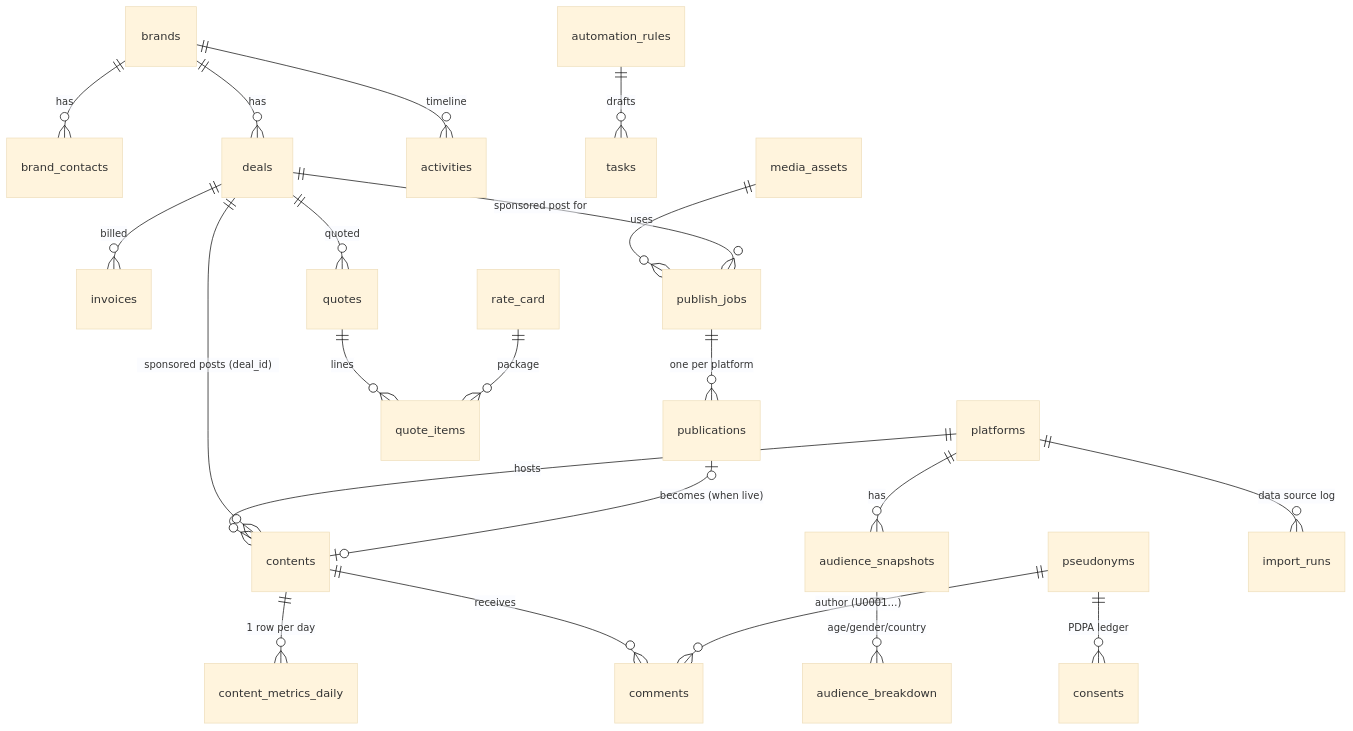
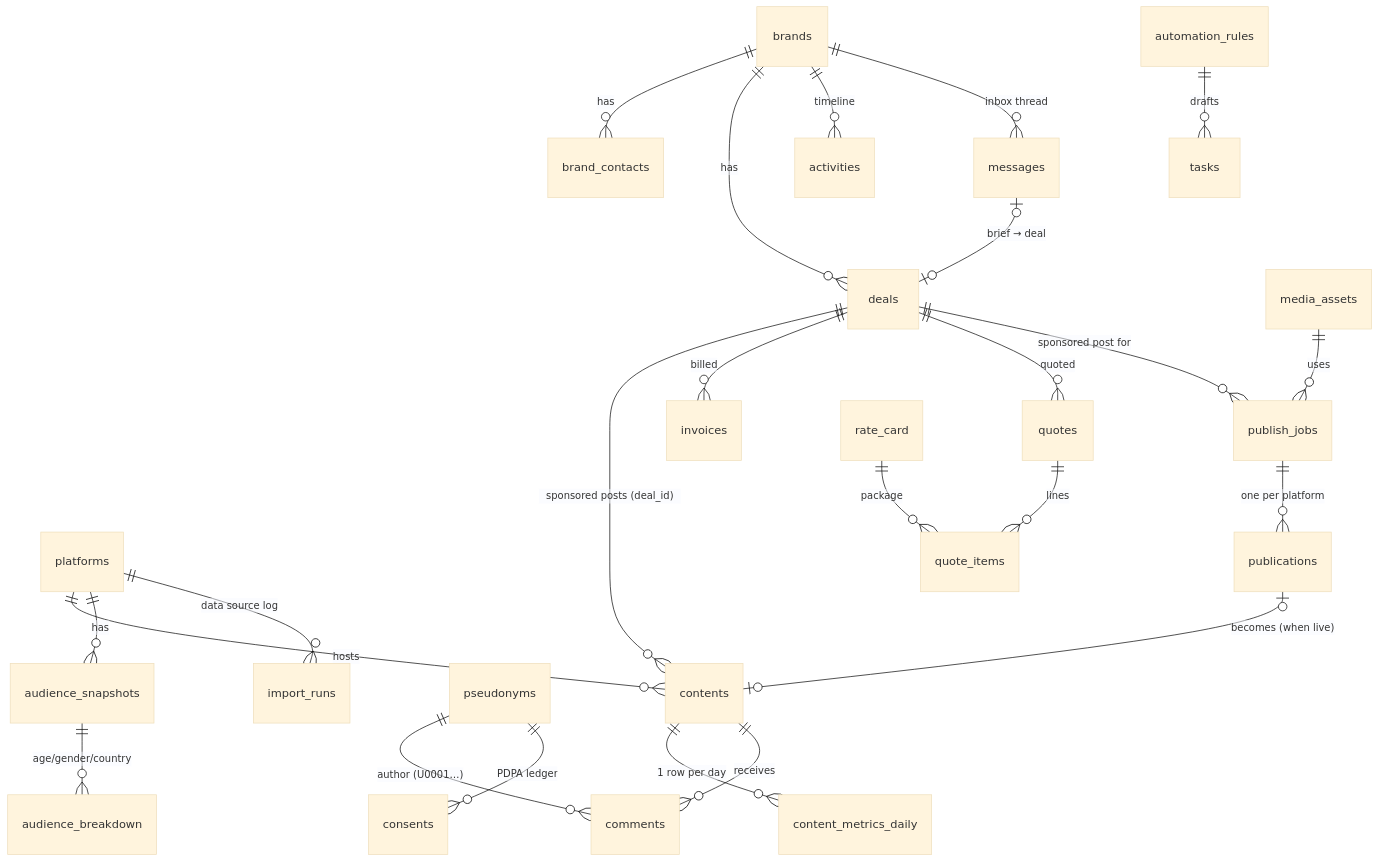
One commit to natdanice/Creator-OS changed the second of 2 diagrams in README.md. Above: the diagram before and after it, drawn with Mermaid (base theme). The commit also changed other lines of this file and 38 other files, not shown here.

````diff
--- a/README.md
+++ b/README.md
@@ -117,24 +169,26 @@
 ```mermaid
 erDiagram
   platforms ||--o{ contents : hosts
   platforms ||--o{ audience_snapshots : has
   audience_snapshots ||--o{ audience_breakdown : "age/gender/country"
   contents ||--o{ content_metrics_daily : "1 row per day"
   contents ||--o{ comments : receives
   pseudonyms ||--o{ comments : "author (U0001…)"
   pseudonyms ||--o{ consents : "PDPA ledger"
   brands ||--o{ brand_contacts : has
   brands ||--o{ deals : has
   brands ||--o{ activities : timeline
   deals ||--o{ contents : "sponsored posts (deal_id)"
   deals ||--o{ invoices : billed
   deals ||--o{ quotes : quoted
   quotes ||--o{ quote_items : lines
   rate_card ||--o{ quote_items : package
   automation_rules ||--o{ tasks : drafts
   media_assets ||--o{ publish_jobs : uses
   publish_jobs ||--o{ publications : "one per platform"
   publications |o--o| contents : "becomes (when live)"
   deals ||--o{ publish_jobs : "sponsored post for"
   platforms ||--o{ import_runs : "data source log"
+  brands ||--o{ messages : "inbox thread"
+  messages |o--o| deals : "brief → deal"
 ```
````
